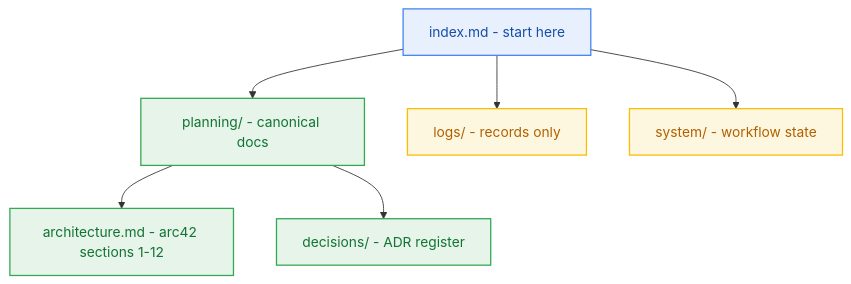
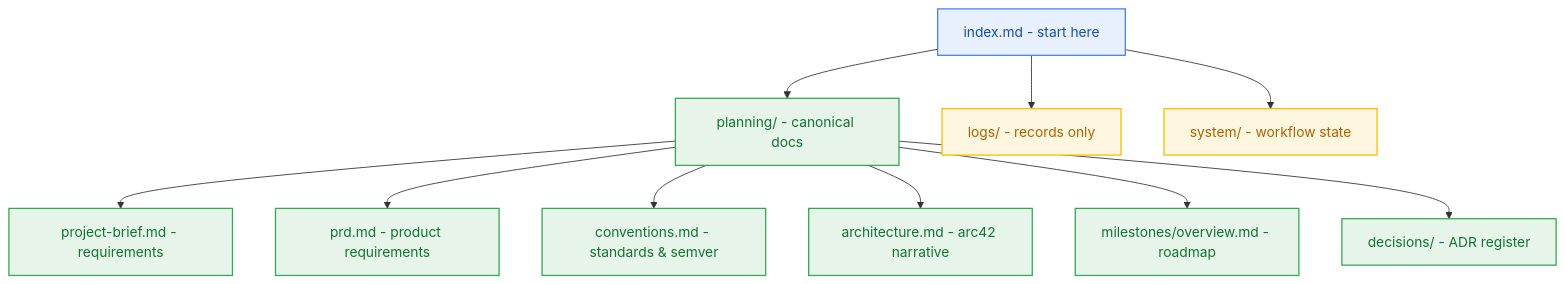
The diagram in _documentation/index.md (Glitch-guy0/Contextual), drawn with Mermaid before and after one commit. The commit also changed other lines of this file and 23 other files, not shown here.

First line of the commit message:
docs(architecture): seal PM roadmap, Upstash serverless architecture, and contracts

````diff
--- a/_documentation/index.md
+++ b/_documentation/index.md
@@ -5,16 +5,20 @@
 ```mermaid
 graph TD
   I["index.md - start here"] --> P["planning/ - canonical docs"]
   I --> L["logs/ - records only"]
   I --> S["system/ - workflow state"]
-  P --> A["architecture.md - arc42 sections 1-12"]
+  P --> B["project-brief.md - requirements"]
+  P --> PRD["prd.md - product requirements"]
+  P --> C["conventions.md - standards & semver"]
+  P --> A["architecture.md - arc42 narrative"]
+  P --> M["milestones/overview.md - roadmap"]
   P --> D["decisions/ - ADR register"]
 
   classDef blue fill:#E8F0FE,stroke:#4285F4,stroke-width:1.5px,color:#174EA6;
   classDef green fill:#E6F4EA,stroke:#34A853,stroke-width:1.5px,color:#137333;
   classDef amber fill:#FEF7E0,stroke:#FBBC04,stroke-width:1.5px,color:#B06000;
 
   class I blue;
-  class P,A,D green;
+  class P,B,PRD,C,A,M,D green;
   class L,S amber;
 ```
````
